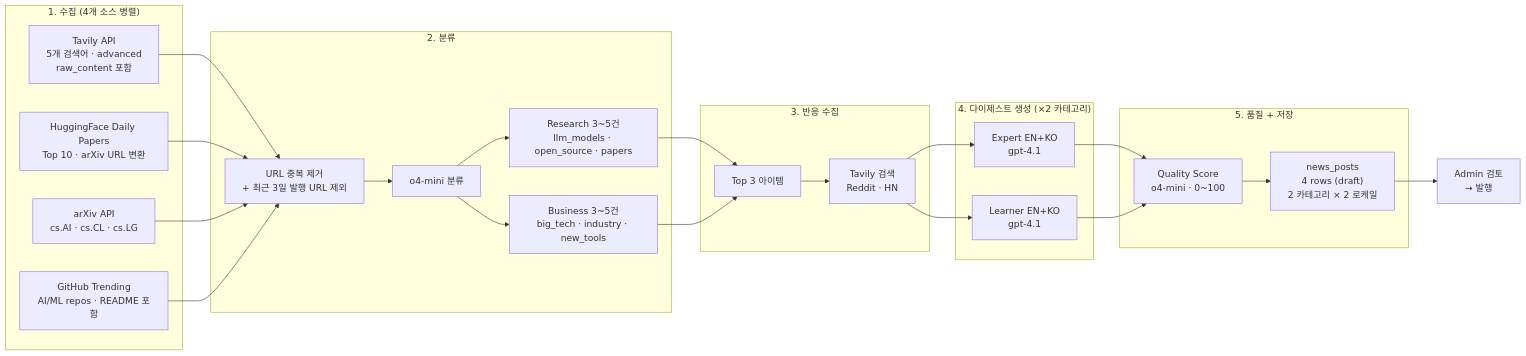
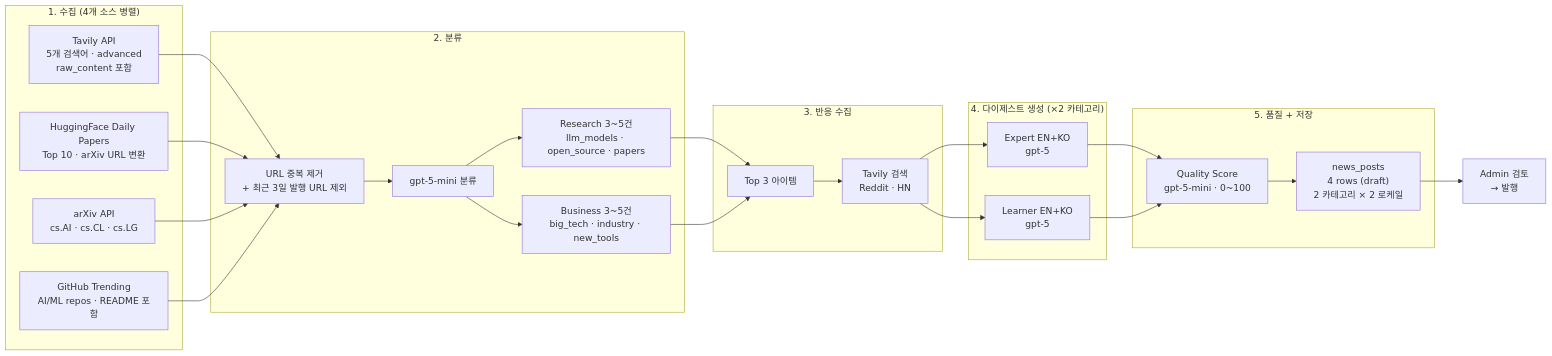
Before and after one commit to x0to1log/0to1log: the third of 3 diagrams in vault/04-AI-System/AI-News-Pipeline-Design.md, drawn with Mermaid. The commit also changed other lines of this file and 5 other files, not shown here.

````diff
--- a/vault/04-AI-System/AI-News-Pipeline-Design.md
+++ b/vault/04-AI-System/AI-News-Pipeline-Design.md
@@ -76,33 +76,33 @@
 ```mermaid
 flowchart LR
     subgraph "1. 수집 (4개 소스 병렬)"
         TAVILY["Tavily API\n5개 검색어 · advanced\nraw_content 포함"]
         HF["HuggingFace Daily Papers\nTop 10 · arXiv URL 변환"]
         ARXIV["arXiv API\ncs.AI · cs.CL · cs.LG"]
         GITHUB["GitHub Trending\nAI/ML repos · README 포함"]
     end
 
     subgraph "2. 분류"
         TAVILY & HF & ARXIV & GITHUB --> DEDUP["URL 중복 제거\n+ 최근 3일 발행 URL 제외"]
-        DEDUP --> CLASSIFY_LLM["o4-mini 분류"]
+        DEDUP --> CLASSIFY_LLM["gpt-5-mini 분류"]
         CLASSIFY_LLM --> R_ITEMS["Research 3~5건\nllm_models · open_source · papers"]
         CLASSIFY_LLM --> B_ITEMS["Business 3~5건\nbig_tech · industry · new_tools"]
     end
 
     subgraph "3. 반응 수집"
         R_ITEMS & B_ITEMS --> TOP3["Top 3 아이템"]
         TOP3 --> TAVILY_REACT["Tavily 검색\nReddit · HN"]
     end
 
     subgraph "4. 다이제스트 생성 (×2 카테고리)"
-        TAVILY_REACT --> P_EXP["Expert EN+KO\ngpt-4.1"]
-        TAVILY_REACT --> P_LRN["Learner EN+KO\ngpt-4.1"]
+        TAVILY_REACT --> P_EXP["Expert EN+KO\ngpt-5"]
+        TAVILY_REACT --> P_LRN["Learner EN+KO\ngpt-5"]
     end
 
     subgraph "5. 품질 + 저장"
-        P_EXP & P_LRN --> SCORE["Quality Score\no4-mini · 0~100"]
+        P_EXP & P_LRN --> SCORE["Quality Score\ngpt-5-mini · 0~100"]
         SCORE --> DB["news_posts\n4 rows (draft)\n2 카테고리 × 2 로케일"]
     end
 
     DB --> ADMIN["Admin 검토\n→ 발행"]
 ```
````
